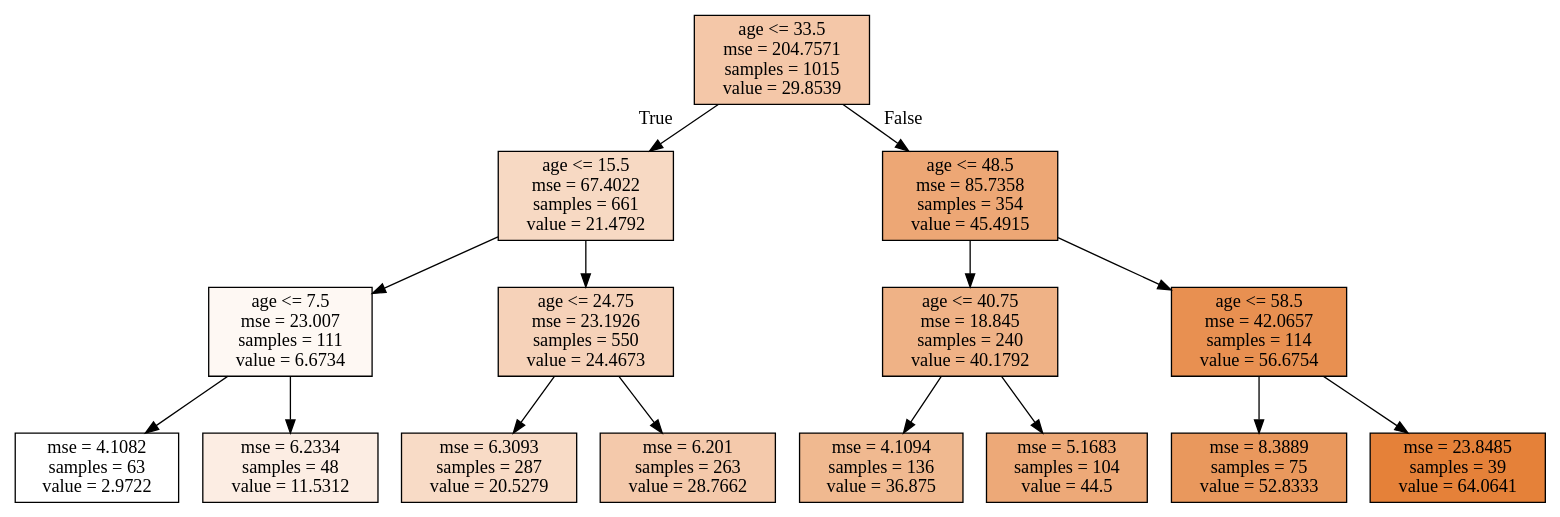
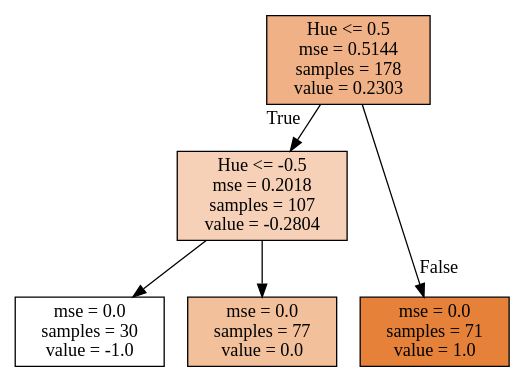
Before and after one commit to abbyschantz/cs35: the diagram in hw5/tree3.dot, drawn with Graphviz. The commit also changed 6 other files, not shown here.

```diff
--- a/hw5/tree3.dot
+++ b/hw5/tree3.dot
@@ -1,37 +1,16 @@
 digraph Tree {
 node [shape=box, style="filled", color="black"] ;
 graph [ranksep=equally, splines=polyline] ;
-0 [label="age <= 33.5\nmse = 204.7571\nsamples = 1015\nvalue = 29.8539", fillcolor="#e5813970"] ;
-1 [label="age <= 15.5\nmse = 67.4022\nsamples = 661\nvalue = 21.4792", fillcolor="#e581394d"] ;
+0 [label="Hue <= 0.5\nmse = 0.5144\nsamples = 178\nvalue = 0.2303", fillcolor="#e581399d"] ;
+1 [label="Hue <= -0.5\nmse = 0.2018\nsamples = 107\nvalue = -0.2804", fillcolor="#e581395c"] ;
 0 -> 1 [labeldistance=2.5, labelangle=45, headlabel="True"] ;
-2 [label="age <= 7.5\nmse = 23.007\nsamples = 111\nvalue = 6.6734", fillcolor="#e581390f"] ;
+2 [label="mse = 0.0\nsamples = 30\nvalue = -1.0", fillcolor="#e5813900"] ;
 1 -> 2 ;
-3 [label="mse = 4.1082\nsamples = 63\nvalue = 2.9722", fillcolor="#e5813900"] ;
-2 -> 3 ;
-4 [label="mse = 6.2334\nsamples = 48\nvalue = 11.5312", fillcolor="#e5813924"] ;
-2 -> 4 ;
-5 [label="age <= 24.75\nmse = 23.1926\nsamples = 550\nvalue = 24.4673", fillcolor="#e581395a"] ;
-1 -> 5 ;
-6 [label="mse = 6.3093\nsamples = 287\nvalue = 20.5279", fillcolor="#e5813949"] ;
-5 -> 6 ;
-7 [label="mse = 6.201\nsamples = 263\nvalue = 28.7662", fillcolor="#e581396c"] ;
-5 -> 7 ;
-8 [label="age <= 48.5\nmse = 85.7358\nsamples = 354\nvalue = 45.4915", fillcolor="#e58139b1"] ;
-0 -> 8 [labeldistance=2.5, labelangle=-45, headlabel="False"] ;
-9 [label="age <= 40.75\nmse = 18.845\nsamples = 240\nvalue = 40.1792", fillcolor="#e581399b"] ;
-8 -> 9 ;
-10 [label="mse = 4.1094\nsamples = 136\nvalue = 36.875", fillcolor="#e581398e"] ;
-9 -> 10 ;
-11 [label="mse = 5.1683\nsamples = 104\nvalue = 44.5", fillcolor="#e58139ad"] ;
-9 -> 11 ;
-12 [label="age <= 58.5\nmse = 42.0657\nsamples = 114\nvalue = 56.6754", fillcolor="#e58139e0"] ;
-8 -> 12 ;
-13 [label="mse = 8.3889\nsamples = 75\nvalue = 52.8333", fillcolor="#e58139d0"] ;
-12 -> 13 ;
-14 [label="mse = 23.8485\nsamples = 39\nvalue = 64.0641", fillcolor="#e58139ff"] ;
-12 -> 14 ;
+3 [label="mse = 0.0\nsamples = 77\nvalue = 0.0", fillcolor="#e5813980"] ;
+1 -> 3 ;
+4 [label="mse = 0.0\nsamples = 71\nvalue = 1.0", fillcolor="#e58139ff"] ;
+0 -> 4 [labeldistance=2.5, labelangle=-45, headlabel="False"] ;
 {rank=same ; 0} ;
-{rank=same ; 1; 8} ;
-{rank=same ; 2; 5; 9; 12} ;
-{rank=same ; 3; 4; 6; 7; 10; 11; 13; 14} ;
+{rank=same ; 1} ;
+{rank=same ; 2; 3; 4} ;
 }
```
